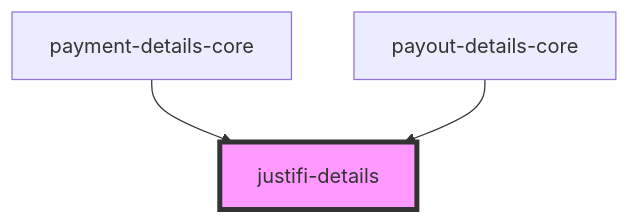
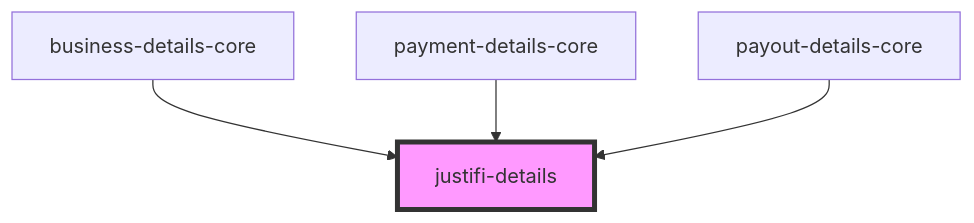
The diagram in packages/webcomponents/src/ui-components/details/readme.md (justifi-tech/web-component-library), drawn with Mermaid before and after one commit. The commit also changed other lines of this file and 7 other files, not shown here.

````diff
--- a/packages/webcomponents/src/ui-components/details/readme.md
+++ b/packages/webcomponents/src/ui-components/details/readme.md
@@ -23,6 +24,7 @@
 ```mermaid
 graph TD;
+  business-details-core --> justifi-details
   payment-details-core --> justifi-details
   payout-details-core --> justifi-details
   style justifi-details fill:#f9f,stroke:#333,stroke-width:4px
 ```
````
